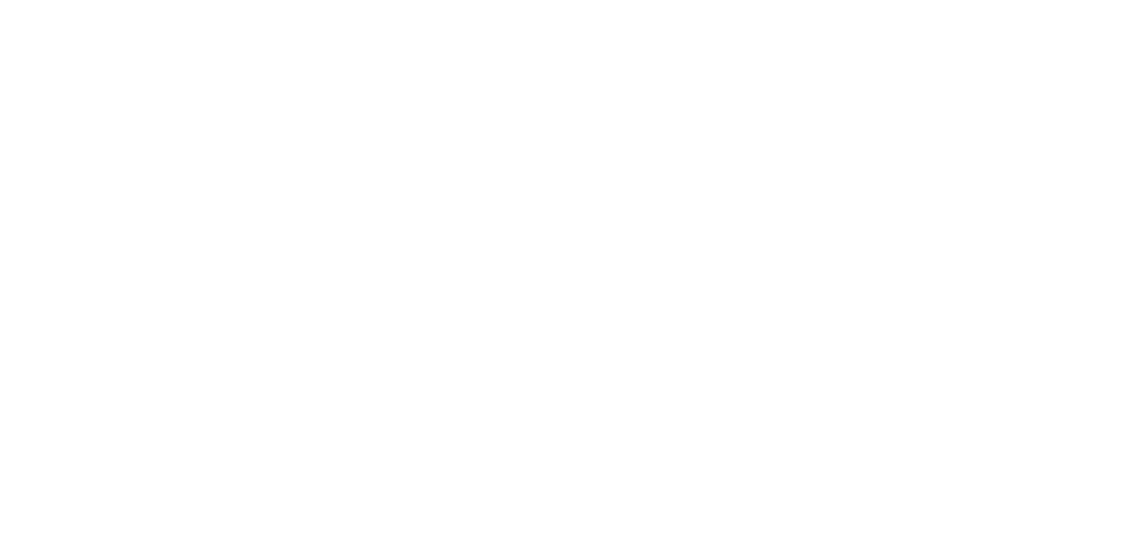
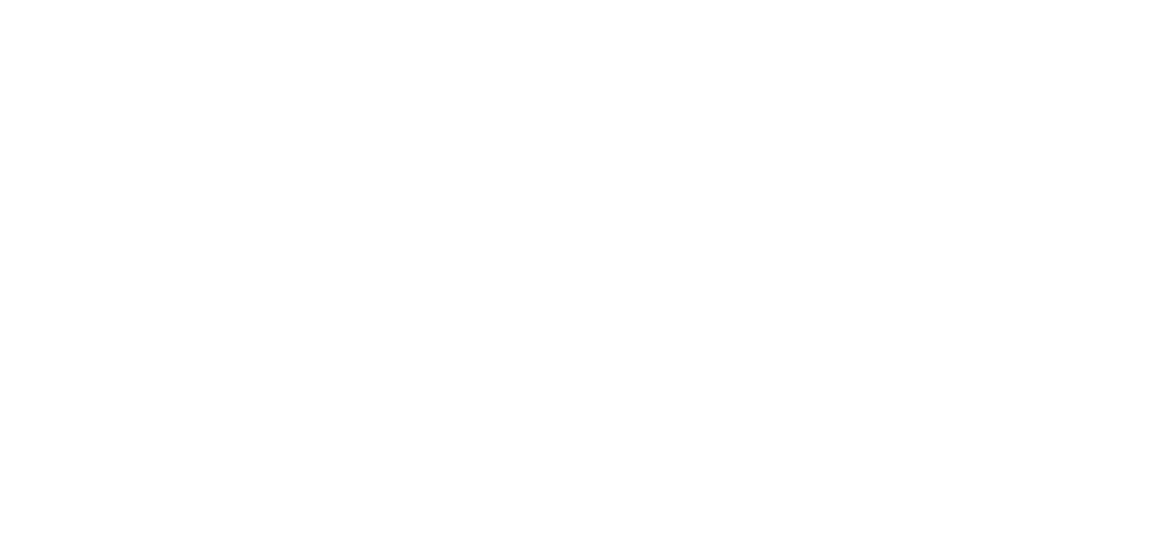
Before and after one commit to wincent/masochist: the diagram in docs/packages-dark.dot, drawn with Graphviz. The commit also changed 21 other files, not shown here.

```diff
--- a/docs/packages-dark.dot
+++ b/docs/packages-dark.dot
@@ -1,42 +1,47 @@
 // vim: set nomodifiable : DO NOT EDIT
 //
 // Edit "support/dotifyDependencyGraph.ts" and run "make docs" instead.
 //
 // @generated
 
 digraph dependency_graph {
   bgcolor = "transparent";
 
   node[color = "white", fontcolor = "white"]; "@masochist/benchmark"
   node[color = "white", fontcolor = "white"]; "@masochist/codegen"
   node[color = "white", fontcolor = "white"]; "@masochist/compiler"
   node[color = "white", fontcolor = "white"]; "@masochist/graphql"
   node[color = "white", fontcolor = "white"]; "@masochist/legacy"
   node[color = "white", fontcolor = "white"]; "@masochist/lexer"
   node[color = "white", fontcolor = "white"]; "@masochist/parser"
   node[color = "white", fontcolor = "white"]; "@masochist/typescript"
 
   "@masochist/benchmark" -> "@masochist/common" [color = "white", fontcolor = "white"];
   "@masochist/benchmark" -> "@masochist/graphql" [color = "white", fontcolor = "white"];
   "@masochist/benchmark" -> "@masochist/legacy" [color = "white", fontcolor = "white"];
   "@masochist/benchmark" -> "@masochist/lexer" [color = "white", fontcolor = "white"];
   "@masochist/benchmark" -> "@masochist/parser" [color = "white", fontcolor = "white"];
   "@masochist/benchmark" -> "graphql" [color = "white", fontcolor = "white"];
   "@masochist/codegen" -> "@masochist/common" [color = "white", fontcolor = "white"];
+  "@masochist/codegen" -> "@masochist/types" [color = "white", fontcolor = "white"];
   "@masochist/compiler" -> "@masochist/common" [color = "white", fontcolor = "white"];
   "@masochist/compiler" -> "@masochist/legacy" [color = "white", fontcolor = "white"];
   "@masochist/graphql" -> "@masochist/codegen" [color = "white", fontcolor = "white"];
   "@masochist/graphql" -> "@masochist/common" [color = "white", fontcolor = "white"];
   "@masochist/graphql" -> "@masochist/lexer" [color = "white", fontcolor = "white"];
   "@masochist/graphql" -> "@masochist/parser" [color = "white", fontcolor = "white"];
+  "@masochist/graphql" -> "@masochist/types" [color = "white", fontcolor = "white"];
   "@masochist/legacy" -> "@masochist/common" [color = "white", fontcolor = "white"];
   "@masochist/lexer" -> "@masochist/codegen" [color = "white", fontcolor = "white"];
   "@masochist/lexer" -> "@masochist/common" [color = "white", fontcolor = "white"];
+  "@masochist/lexer" -> "@masochist/types" [color = "white", fontcolor = "white"];
   "@masochist/parser" -> "@masochist/codegen" [color = "white", fontcolor = "white"];
   "@masochist/parser" -> "@masochist/common" [color = "white", fontcolor = "white"];
   "@masochist/parser" -> "@masochist/lexer" [color = "white", fontcolor = "white"];
+  "@masochist/parser" -> "@masochist/types" [color = "white", fontcolor = "white"];
   "@masochist/typescript" -> "@masochist/codegen" [color = "white", fontcolor = "white"];
   "@masochist/typescript" -> "@masochist/common" [color = "white", fontcolor = "white"];
   "@masochist/typescript" -> "@masochist/lexer" [color = "white", fontcolor = "white"];
   "@masochist/typescript" -> "@masochist/parser" [color = "white", fontcolor = "white"];
+  "@masochist/typescript" -> "@masochist/types" [color = "white", fontcolor = "white"];
 }
```
